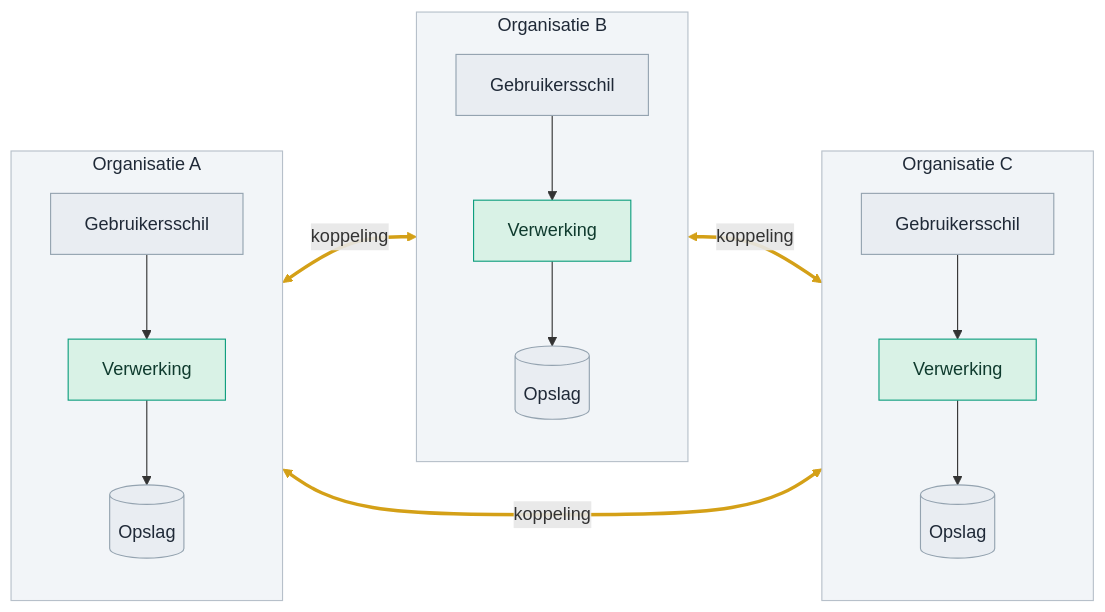
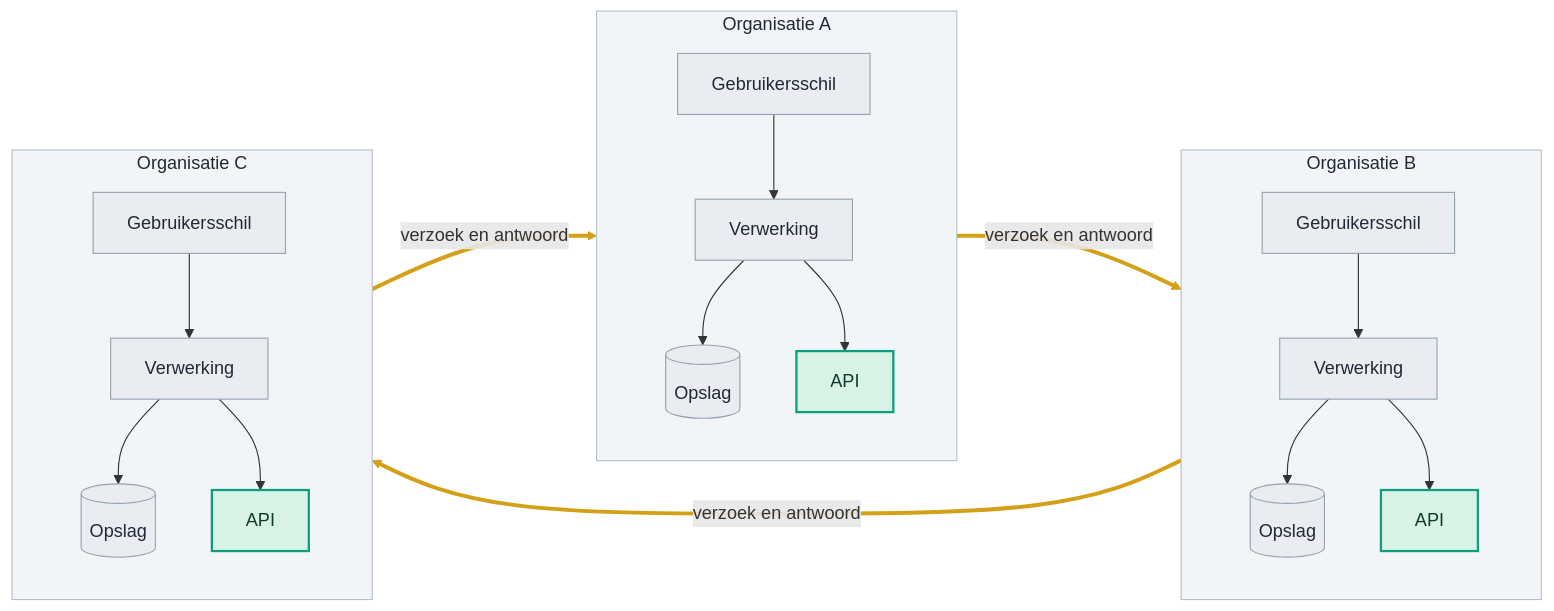
Before and after one commit to Npuls-OKx/meta: the second of 7 diagrams in presentaties/src/260904_ai_houdbaarheid.md, drawn with Mermaid. The commit also changed other lines of this file and 2 other files, not shown here.

First line of the commit message:
API's expliciet, en het ecosysteem als eigen slide

````diff
--- a/presentaties/src/260904_ai_houdbaarheid.md
+++ b/presentaties/src/260904_ai_houdbaarheid.md
@@ -162,31 +162,40 @@
 ```mermaid
 flowchart LR
   subgraph A["Organisatie A"]
     direction TB
-    GA["Gebruikersschil"] --> BA["Verwerking"] --> DA[("Opslag")]
+    GA["Gebruikersschil"] --> BA["Verwerking"]
+    BA --> DA[("Opslag")]
+    BA --> PA["API"]
   end
   subgraph B["Organisatie B"]
     direction TB
-    GB["Gebruikersschil"] --> BB["Verwerking"] --> DB2[("Opslag")]
+    GB["Gebruikersschil"] --> BB["Verwerking"]
+    BB --> DB2[("Opslag")]
+    BB --> PB["API"]
   end
   subgraph C["Organisatie C"]
     direction TB
-    GC["Gebruikersschil"] --> BC["Verwerking"] --> DC[("Opslag")]
+    GC["Gebruikersschil"] --> BC["Verwerking"]
+    BC --> DC[("Opslag")]
+    BC --> PC["API"]
   end
-  BA <-->|koppeling| BB
-  BB <-->|koppeling| BC
-  BA <-->|koppeling| BC
+  PA -->|"verzoek en antwoord"| BB
+  PB -->|"verzoek en antwoord"| BC
+  PC -->|"verzoek en antwoord"| BA
   style A fill:#f2f5f8,stroke:#b7c0ca,color:#1f2937
   style B fill:#f2f5f8,stroke:#b7c0ca,color:#1f2937
   style C fill:#f2f5f8,stroke:#b7c0ca,color:#1f2937
   style GA fill:#e9edf2,stroke:#94a3b0,color:#1f2937
-  style BA fill:#d9f2e6,stroke:#0E9E7E,color:#0f3b2e
+  style BA fill:#e9edf2,stroke:#94a3b0,color:#1f2937
   style DA fill:#e9edf2,stroke:#94a3b0,color:#1f2937
   style GB fill:#e9edf2,stroke:#94a3b0,color:#1f2937
-  style BB fill:#d9f2e6,stroke:#0E9E7E,color:#0f3b2e
+  style BB fill:#e9edf2,stroke:#94a3b0,color:#1f2937
   style DB2 fill:#e9edf2,stroke:#94a3b0,color:#1f2937
   style GC fill:#e9edf2,stroke:#94a3b0,color:#1f2937
-  style BC fill:#d9f2e6,stroke:#0E9E7E,color:#0f3b2e
+  style BC fill:#e9edf2,stroke:#94a3b0,color:#1f2937
   style DC fill:#e9edf2,stroke:#94a3b0,color:#1f2937
-  linkStyle 6,7,8 stroke:#D4A017,stroke-width:3px
+  style PA fill:#d9f2e6,stroke:#0E9E7E,stroke-width:2px,color:#0f3b2e
+  style PB fill:#d9f2e6,stroke:#0E9E7E,stroke-width:2px,color:#0f3b2e
+  style PC fill:#d9f2e6,stroke:#0E9E7E,stroke-width:2px,color:#0f3b2e
+  linkStyle 9,10,11 stroke:#D4A017,stroke-width:3.5px
 ```
````
